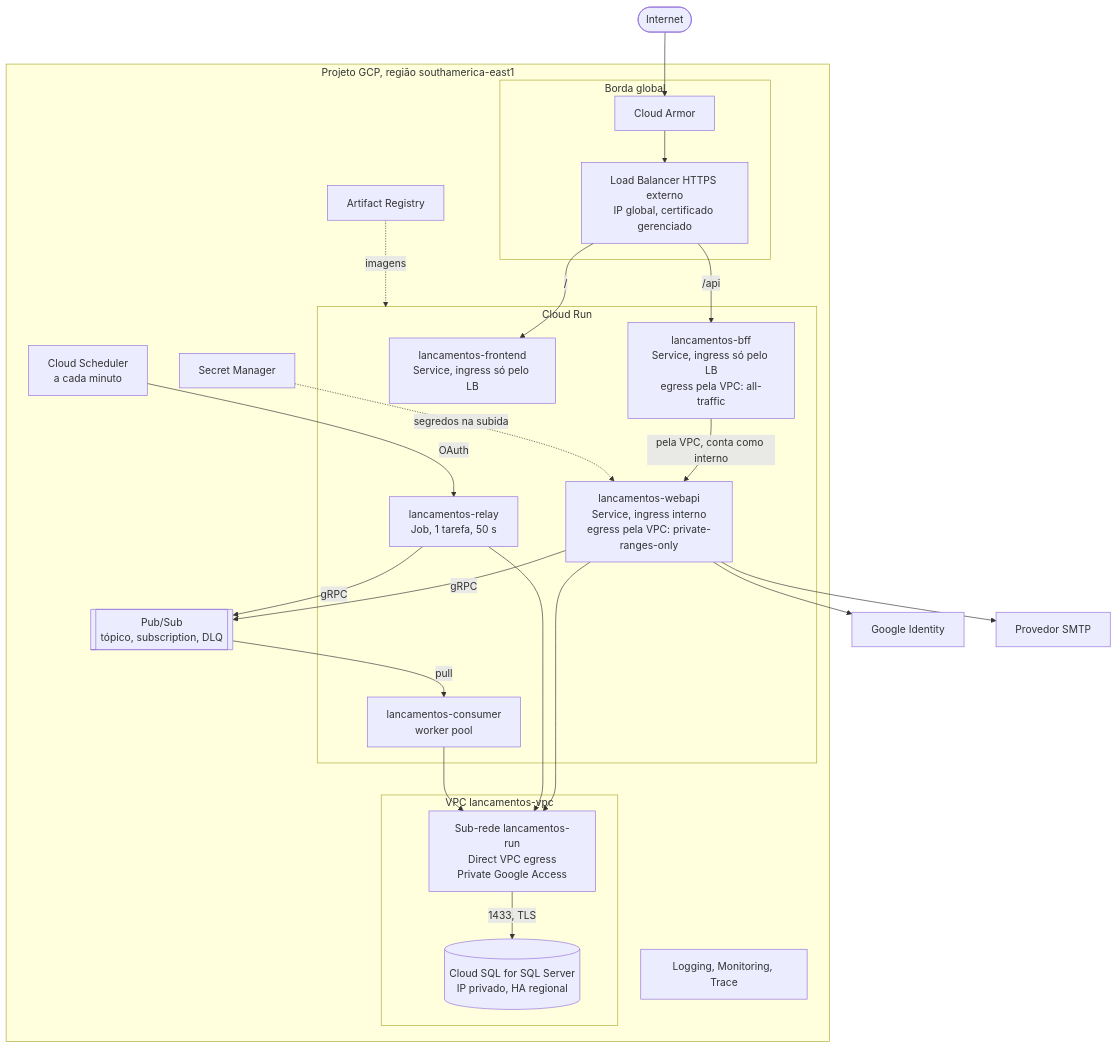
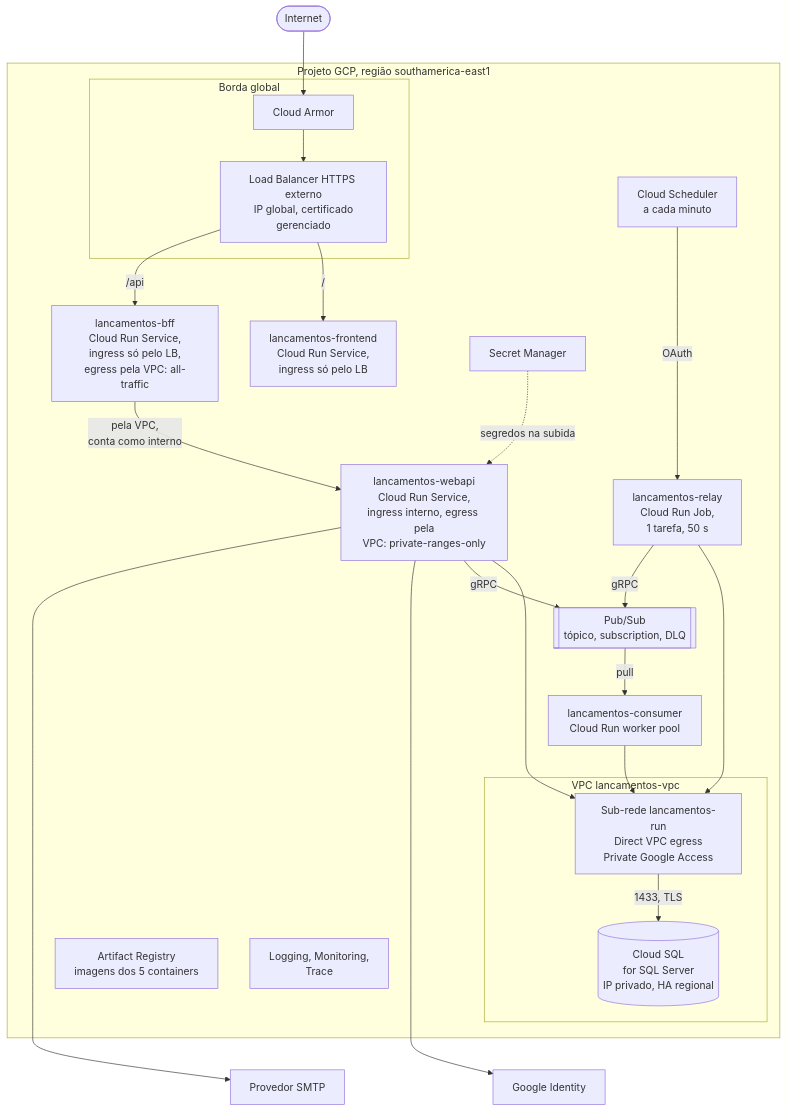
The third of 3 diagrams in docs/arquitetura/solucao/07-implantacao-e-infraestrutura.md (michellerodrigues/lancamentos-diarios-poc), drawn with Mermaid before and after one commit. The commit also changed other lines of this file and 45 other files, not shown here.

````diff
--- a/docs/arquitetura/solucao/07-implantacao-e-infraestrutura.md
+++ b/docs/arquitetura/solucao/07-implantacao-e-infraestrutura.md
@@ -67,52 +85,51 @@
 ```mermaid
 flowchart TB
     internet(["Internet"])
 
     subgraph projeto["Projeto GCP, região southamerica-east1"]
         subgraph borda["Borda global"]
             armor["Cloud Armor"]
-            lb["Load Balancer HTTPS externo<br/>IP global, certificado gerenciado"]
+            lb["Load Balancer HTTPS externo<br/>IP global, certificado<br/>gerenciado"]
         end
 
-        subgraph run["Cloud Run"]
-            front["lancamentos-frontend<br/>Service, ingress só pelo LB"]
-            bff["lancamentos-bff<br/>Service, ingress só pelo LB<br/>egress pela VPC: all-traffic"]
-            webapi["lancamentos-webapi<br/>Service, ingress interno<br/>egress pela VPC: private-ranges-only"]
-            job["lancamentos-relay<br/>Job, 1 tarefa, 50 s"]
-            consumer["lancamentos-consumer<br/>worker pool"]
-        end
-
+        front["lancamentos-frontend<br/>Cloud Run Service,<br/>ingress só pelo LB"]
+        bff["lancamentos-bff<br/>Cloud Run Service,<br/>ingress só pelo LB,<br/>egress pela VPC: all-traffic"]
+        webapi["lancamentos-webapi<br/>Cloud Run Service,<br/>ingress interno, egress pela<br/>VPC: private-ranges-only"]
+        job["lancamentos-relay<br/>Cloud Run Job,<br/>1 tarefa, 50 s"]
+        consumer["lancamentos-consumer<br/>Cloud Run worker pool"]
         sched["Cloud Scheduler<br/>a cada minuto"]
 
         subgraph vpc["VPC lancamentos-vpc"]
             subnet["Sub-rede lancamentos-run<br/>Direct VPC egress<br/>Private Google Access"]
-            sql[("Cloud SQL for SQL Server<br/>IP privado, HA regional")]
+            sql[("Cloud SQL<br/>for SQL Server<br/>IP privado, HA regional")]
         end
 
         ps[["Pub/Sub<br/>tópico, subscription, DLQ"]]
         sm["Secret Manager"]
-        ar["Artifact Registry"]
-        obs["Logging, Monitoring, Trace"]
+        ar["Artifact Registry<br/>imagens dos 5 containers"]
+        obs["Logging, Monitoring,<br/>Trace"]
     end
 
     google["Google Identity"]
     smtp["Provedor SMTP"]
 
     internet --> armor
     armor --> lb
     lb -->|"/"| front
     lb -->|"/api"| bff
-    bff -->|"pela VPC, conta como interno"| webapi
+    bff -->|"pela VPC,<br/>conta como interno"| webapi
     webapi --> subnet
     job --> subnet
     consumer --> subnet
     subnet -->|"1433, TLS"| sql
     webapi -->|"gRPC"| ps
     job -->|"gRPC"| ps
     ps -->|"pull"| consumer
     sched -->|"OAuth"| job
     sm -.->|"segredos na subida"| webapi
-    ar -.->|"imagens"| run
     webapi --> google
     webapi --> smtp
+    sql ~~~ google
+    sql ~~~ smtp
+    sched ~~~ sm
 ```
````
